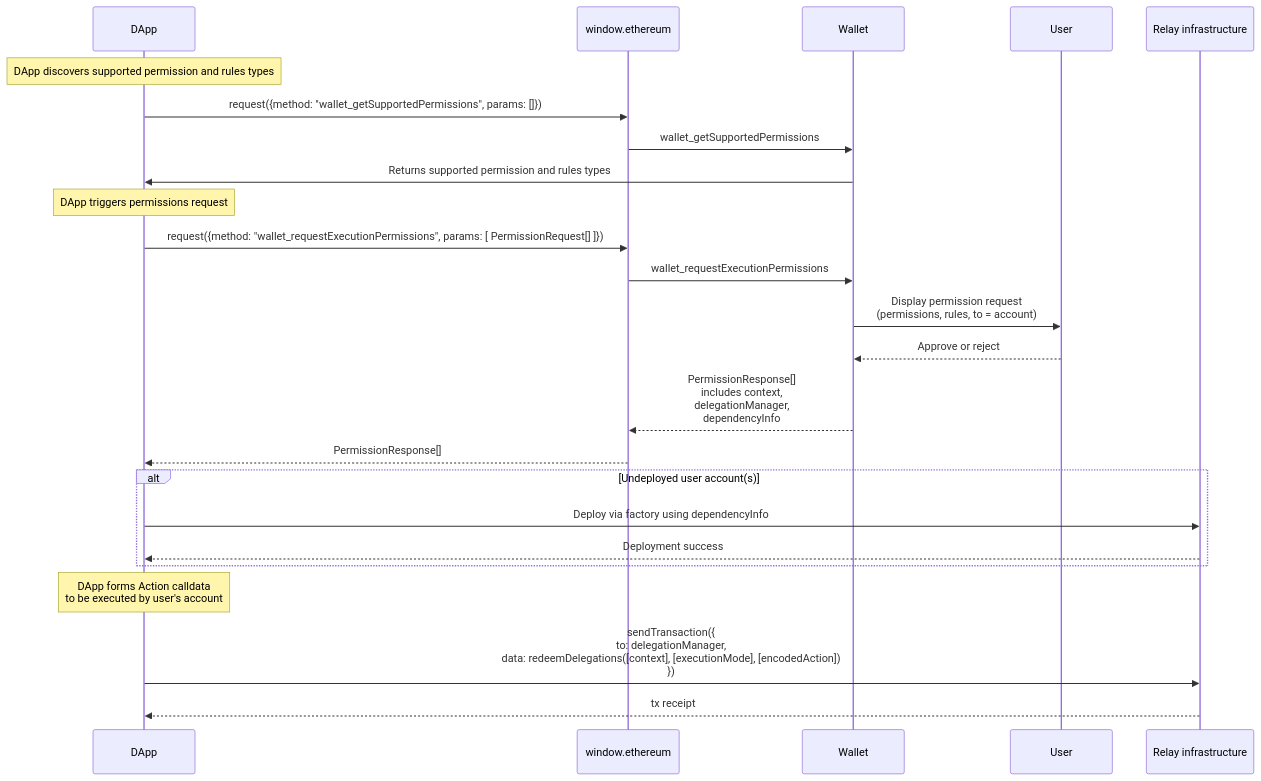
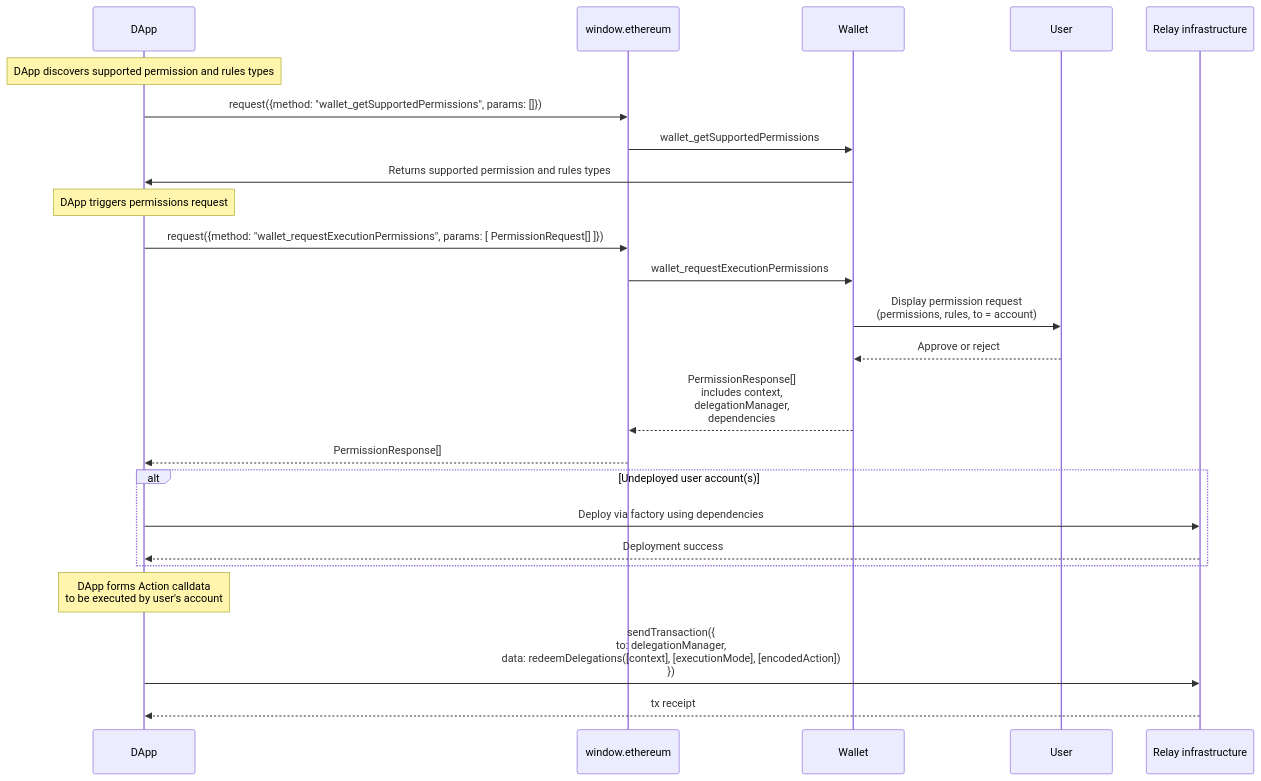
One commit to ethereum/ERCs changed the diagram in ERCS/erc-7715.md. Above: the diagram before and after it, drawn with Mermaid. The commit also changed other lines of this file and 1 other file, not shown here.

Commit message:
Drop exhaustive list of permission types

````diff
--- a/ERCS/erc-7715.md
+++ b/ERCS/erc-7715.md
@@ -476,38 +383,38 @@
 ```mermaid
 sequenceDiagram
   participant DApp
   participant Provider as window.ethereum
   participant Wallet
   participant User
   participant Chain as Relay infrastructure
 
 
   Note over DApp: DApp discovers supported permission and rules types
 
   DApp->>Provider: request({method: "wallet_getSupportedPermissions", params: []})
   Provider->>Wallet: wallet_getSupportedPermissions
 
   Wallet->>DApp: Returns supported permission and rules types
 
   Note over DApp: DApp triggers permissions request
 
   DApp->>Provider: request({method: "wallet_requestExecutionPermissions", params: [ PermissionRequest[] ]})
   Provider->>Wallet: wallet_requestExecutionPermissions
 
   Wallet->>User: Display permission request<br/> (permissions, rules, to = account)
   User-->>Wallet: Approve or reject
 
-  Wallet-->>Provider: PermissionResponse[]<br/>includes context,<br/>delegationManager,<br/>dependencyInfo
+  Wallet-->>Provider: PermissionResponse[]<br/>includes context,<br/>delegationManager,<br/>dependencies
   Provider-->>DApp: PermissionResponse[]
 
   alt Undeployed user account(s)
-      DApp->>Chain: Deploy via factory using dependencyInfo
+      DApp->>Chain: Deploy via factory using dependencies
       Chain-->>DApp: Deployment success
   end
 
   Note over DApp: DApp forms Action calldata<br/>to be executed by user's account
 
   DApp->>Chain: sendTransaction({<br/> to: delegationManager,<br/> data: redeemDelegations([context], [executionMode], [encodedAction])<br/>})
 
   Chain-->>DApp: tx receipt
 ```
````
